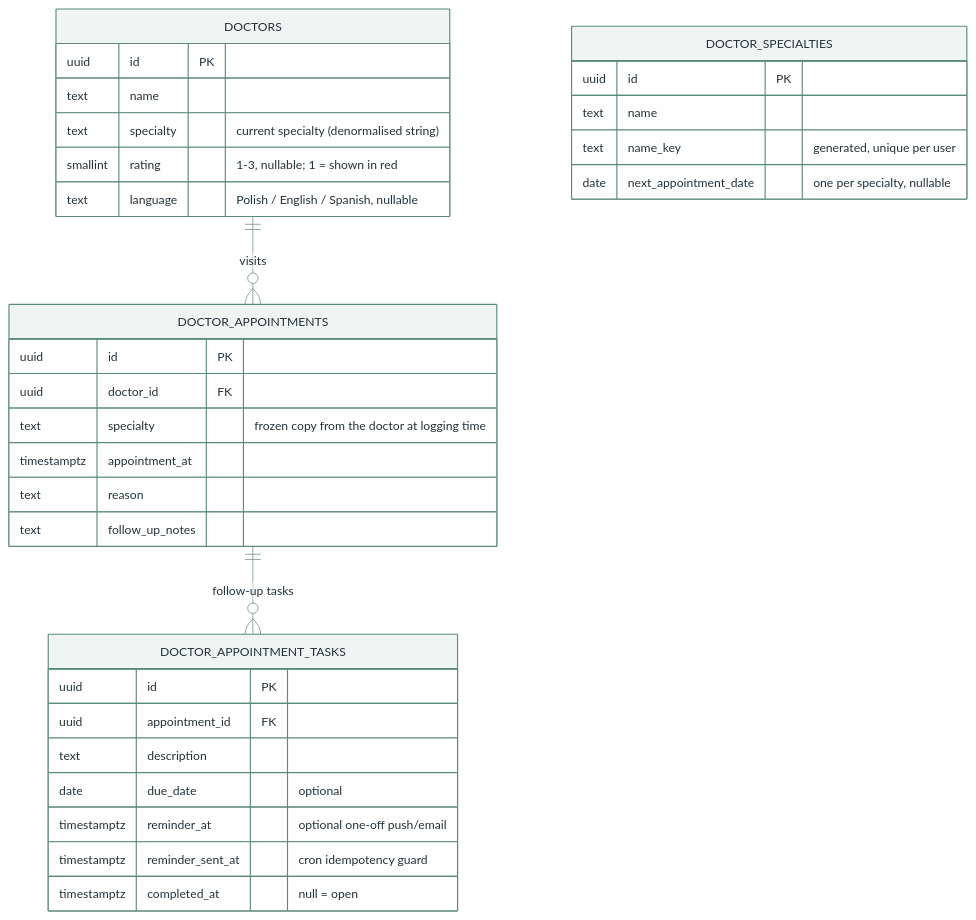
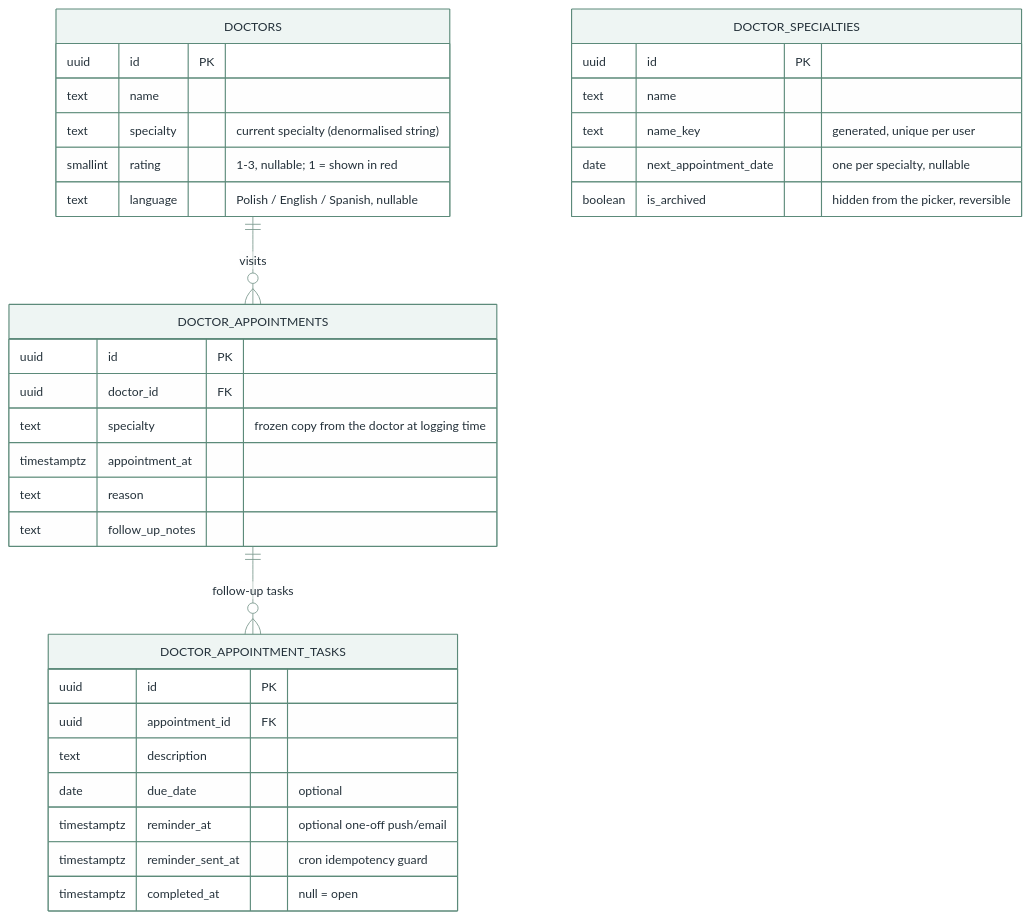
Before and after one commit to xxvazquez/health-management: the fifth of 6 diagrams in docs/data-model.md, drawn with Mermaid. The commit also changed other lines of this file and 14 other files, not shown here.

````diff
--- a/docs/data-model.md
+++ b/docs/data-model.md
@@ -250,41 +250,42 @@
 ```mermaid
 %%{init: {"theme": "base", "themeVariables": {
   "primaryColor": "#eef5f3", "primaryBorderColor": "#5c8a7a",
   "primaryTextColor": "#24313a", "lineColor": "#7d9a90",
   "fontFamily": "Inter, -apple-system, sans-serif", "fontSize": "14px"
 }}}%%
 erDiagram
     DOCTORS ||--o{ DOCTOR_APPOINTMENTS : "visits"
     DOCTOR_APPOINTMENTS ||--o{ DOCTOR_APPOINTMENT_TASKS : "follow-up tasks"
 
     DOCTOR_SPECIALTIES {
         uuid id PK
         text name
         text name_key "generated, unique per user"
         date next_appointment_date "one per specialty, nullable"
+        boolean is_archived "hidden from the picker, reversible"
     }
     DOCTORS {
         uuid id PK
         text name
         text specialty "current specialty (denormalised string)"
         smallint rating "1-3, nullable; 1 = shown in red"
         text language "Polish / English / Spanish, nullable"
     }
     DOCTOR_APPOINTMENTS {
         uuid id PK
         uuid doctor_id FK
         text specialty "frozen copy from the doctor at logging time"
         timestamptz appointment_at
         text reason
         text follow_up_notes
     }
     DOCTOR_APPOINTMENT_TASKS {
         uuid id PK
         uuid appointment_id FK
         text description
         date due_date "optional"
         timestamptz reminder_at "optional one-off push/email"
         timestamptz reminder_sent_at "cron idempotency guard"
         timestamptz completed_at "null = open"
     }
 ```
````
